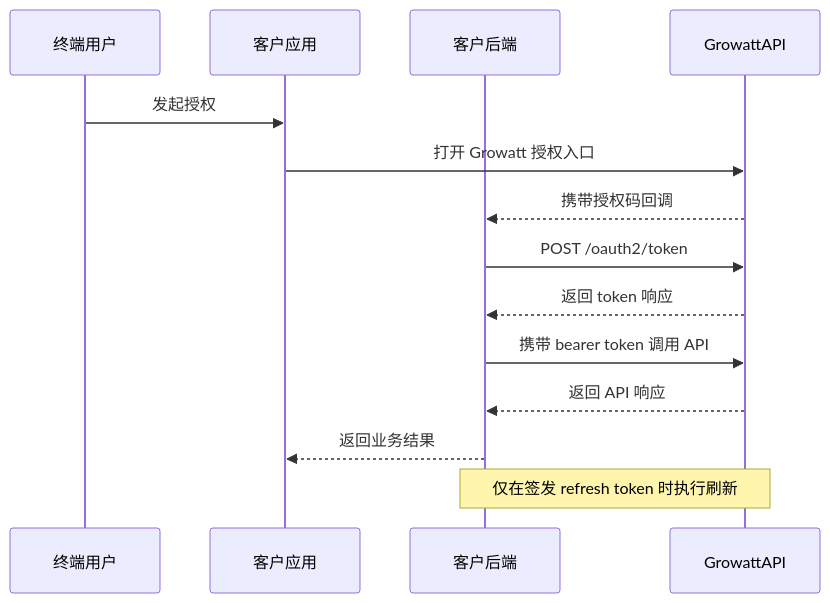
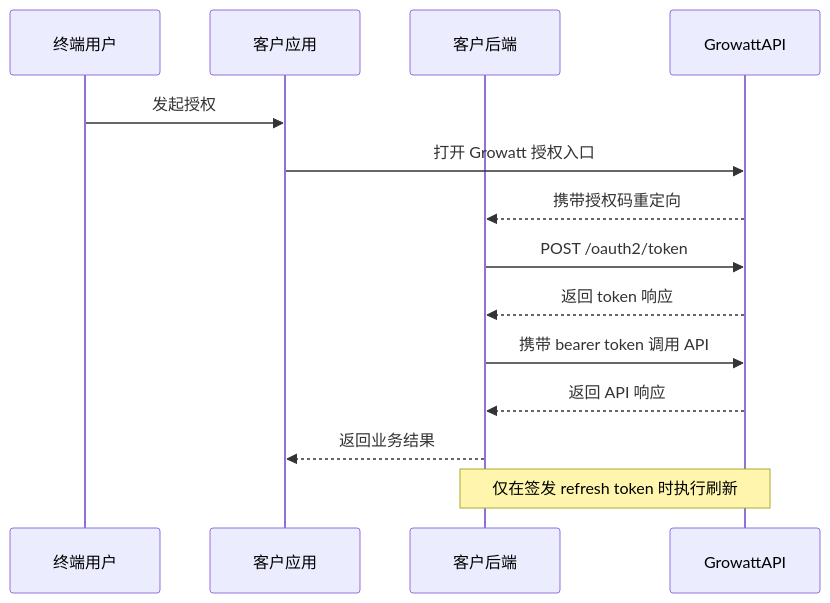
Before and after one commit to EugeneJian/growatt-unified-api: the second of 2 diagrams in Growatt API/OPENAPI.zh-CN/01_authentication.md, drawn with Mermaid. The commit also changed other lines of this file and 3 other files, not shown here.

````diff
--- a/Growatt API/OPENAPI.zh-CN/01_authentication.md
+++ b/Growatt API/OPENAPI.zh-CN/01_authentication.md
@@ -52,18 +69,18 @@
 ```mermaid
 sequenceDiagram
     participant User as 终端用户
     participant App as 客户应用
     participant Backend as 客户后端
     participant Growatt as GrowattAPI
 
     User->>App: 发起授权
     App->>Growatt: 打开 Growatt 授权入口
-    Growatt-->>Backend: 携带授权码回调
+    Growatt-->>Backend: 携带授权码重定向
     Backend->>Growatt: POST /oauth2/token
     Growatt-->>Backend: 返回 token 响应
     Backend->>Growatt: 携带 bearer token 调用 API
     Growatt-->>Backend: 返回 API 响应
     Backend-->>App: 返回业务结果
 
     Note over Backend,Growatt: 仅在签发 refresh token 时执行刷新
 ```
````
